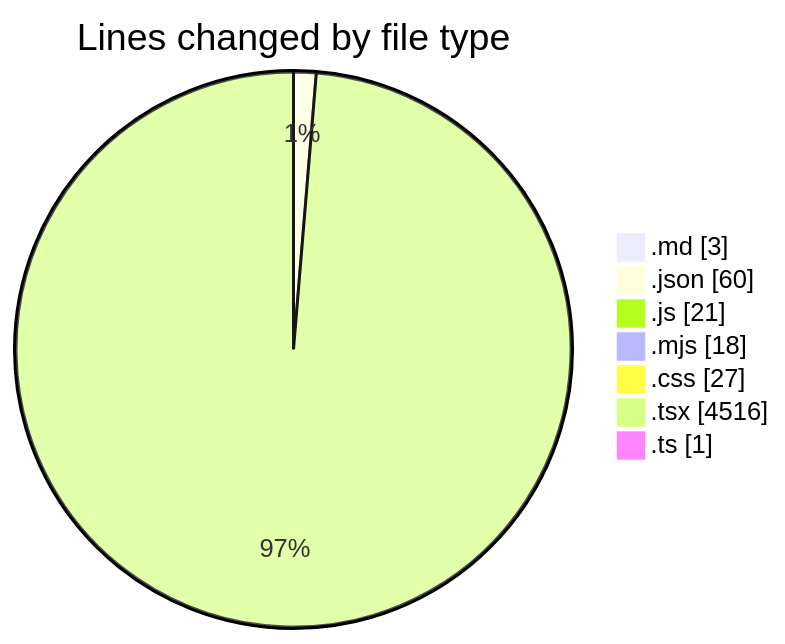
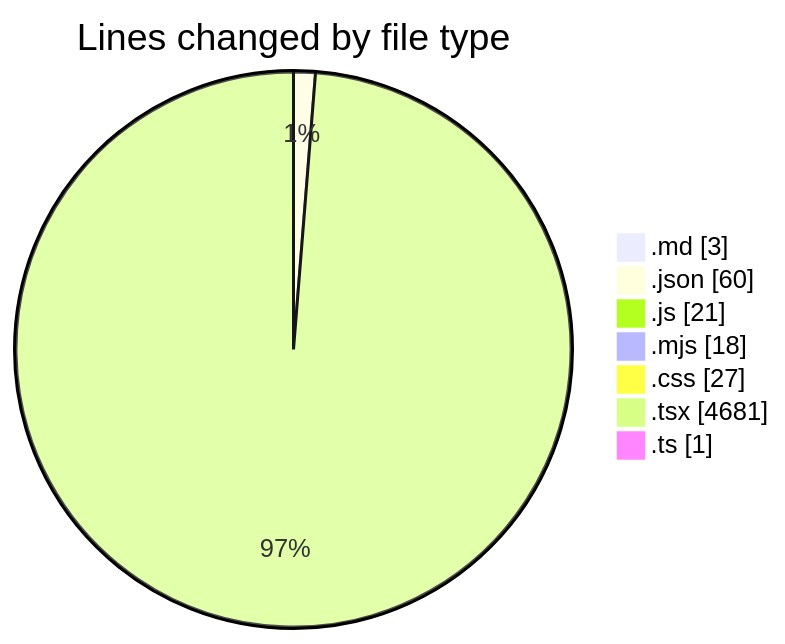
Before and after one commit to Ritupan-Deka/code-tracking: the first of 2 diagrams in 2025-06-18/scopesketch-app/README.md, drawn with Mermaid. The commit also changed other lines of this file and 1 other file, not shown here.

````diff
--- a/2025-06-18/scopesketch-app/README.md
+++ b/2025-06-18/scopesketch-app/README.md
@@ -31,11 +31,11 @@
 ```mermaid
 pie showData
 title Lines changed by file type
 ".md" : 3
 ".json" : 60
 ".js" : 21
 ".mjs" : 18
 ".css" : 27
-".tsx" : 4516
+".tsx" : 4681
 ".ts" : 1
 ```
````
